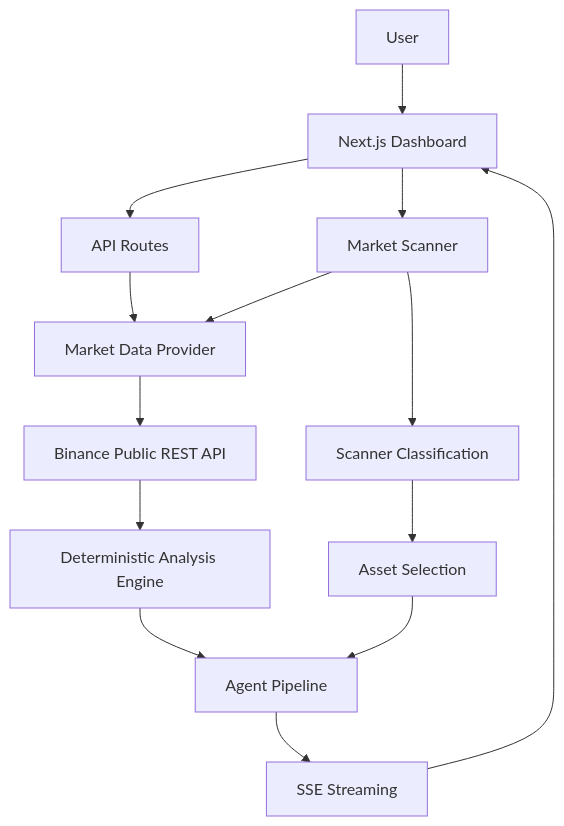
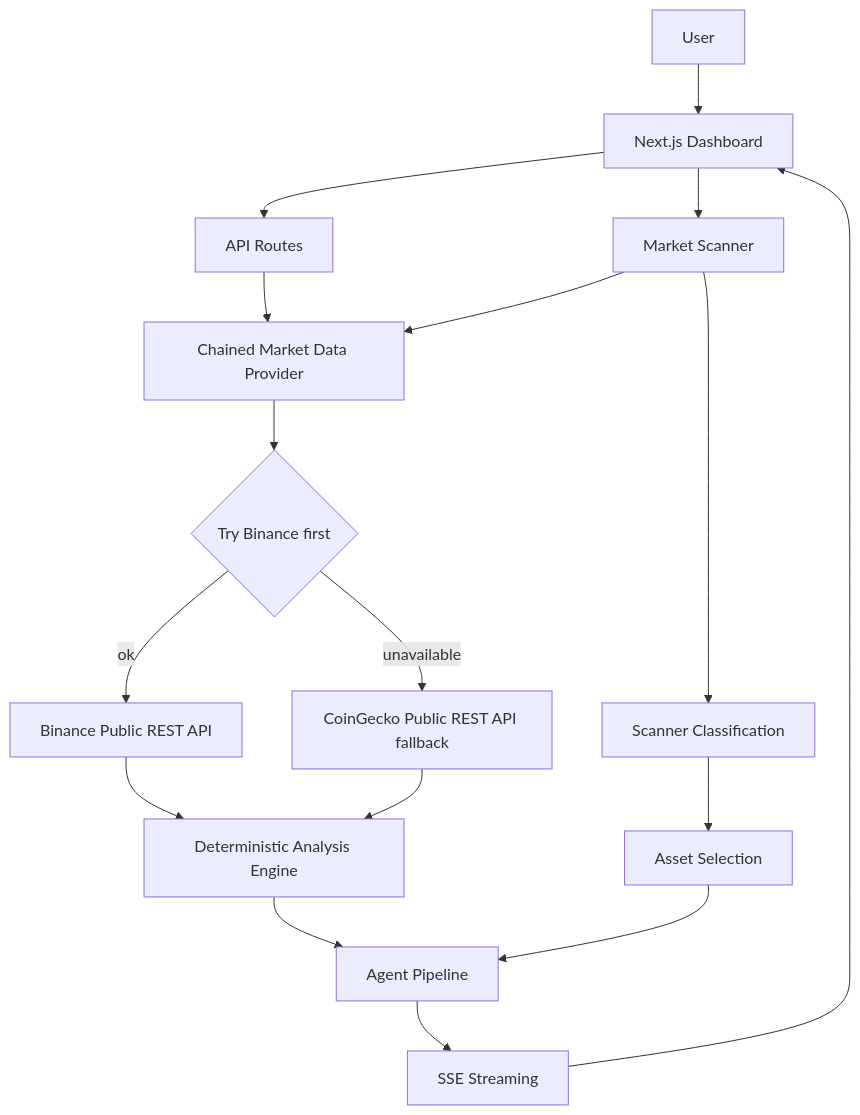
The first of 3 diagrams in docs/ARCHITECTURE.md (mahi017fr/binance-sentinel-ai), drawn with Mermaid before and after one commit. The commit also changed other lines of this file and 5 other files, not shown here.

````diff
--- a/docs/ARCHITECTURE.md
+++ b/docs/ARCHITECTURE.md
@@ -11,17 +12,20 @@
 ```mermaid
 flowchart TD
     A[User] --> B[Next.js Dashboard]
     B --> C[API Routes]
-    C --> D[Market Data Provider]
-    D --> E[Binance Public REST API]
-    E --> F[Deterministic Analysis Engine]
+    C --> D[Chained Market Data Provider]
+    D --> D1{Try Binance first}
+    D1 -->|ok| E1[Binance Public REST API]
+    D1 -->|unavailable| E2[CoinGecko Public REST API fallback]
+    E1 --> F[Deterministic Analysis Engine]
+    E2 --> F
     F --> G[Agent Pipeline]
     G --> H[SSE Streaming]
     H --> B
 
     B --> I[Market Scanner]
     I --> D
     I --> J[Scanner Classification]
     J --> K[Asset Selection]
     K --> G
 ```
````
